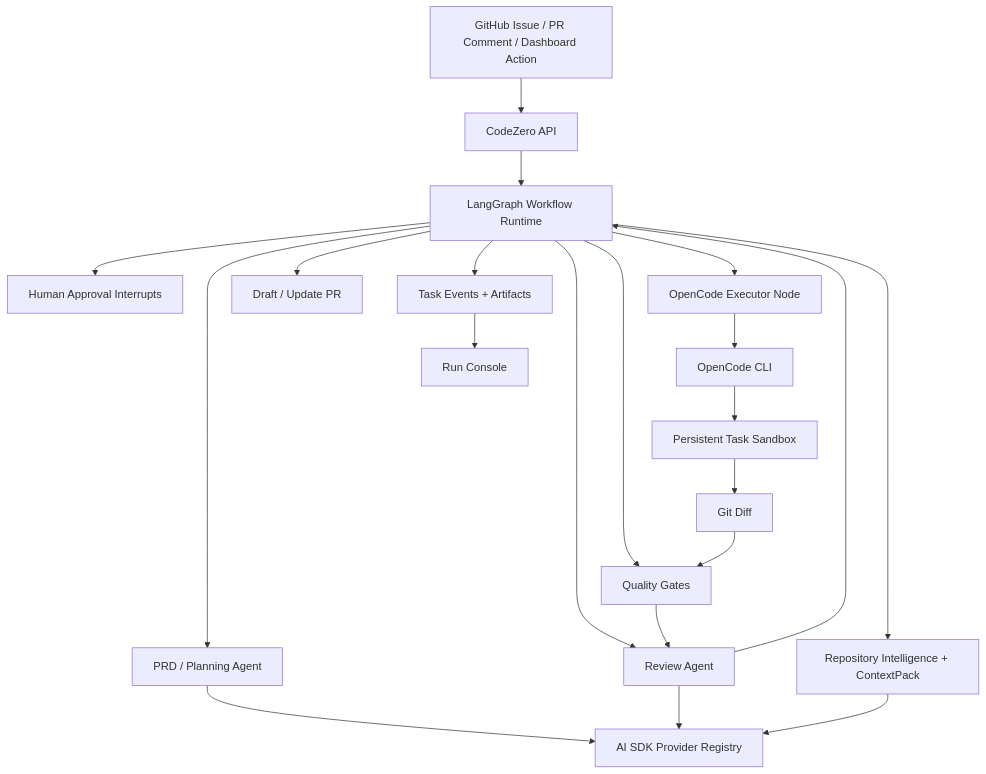
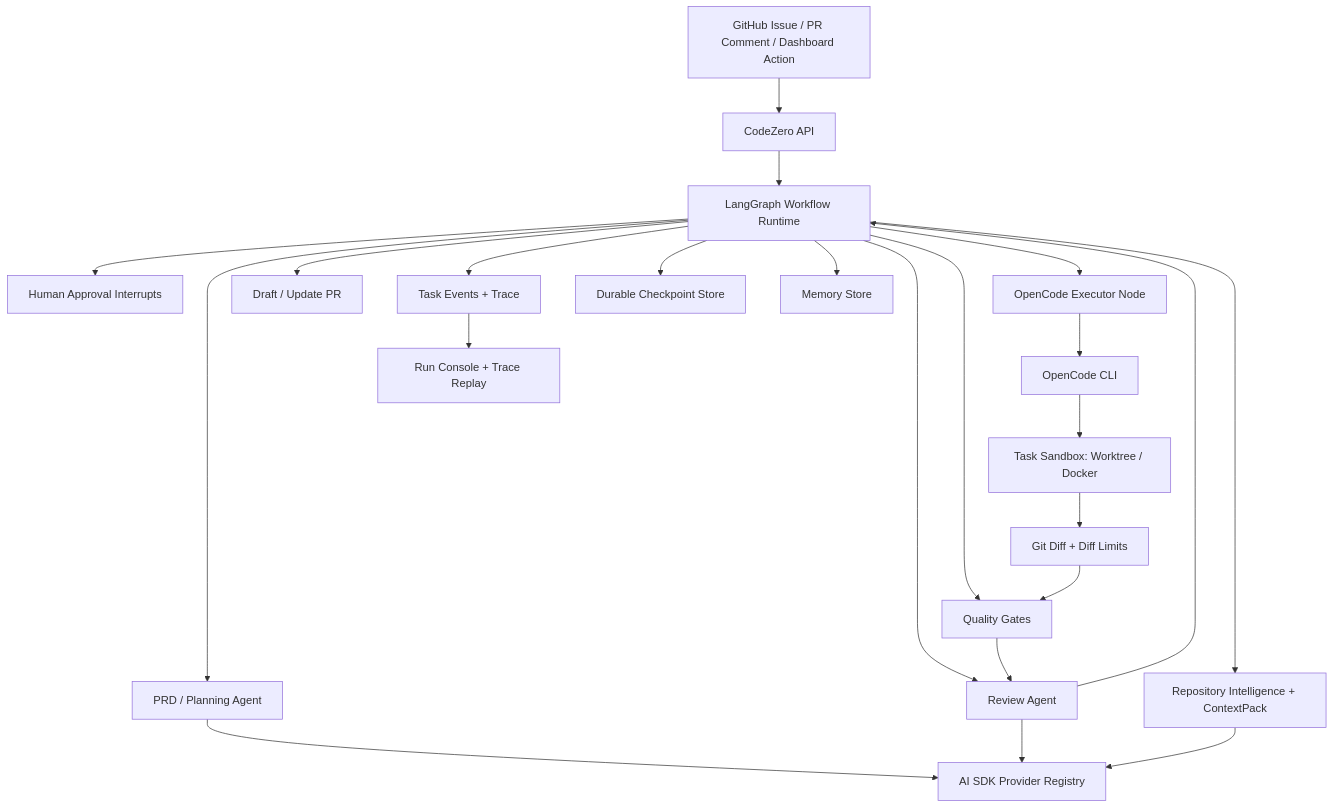
Before and after one commit to JASON-QWeb/CodeZero: the first of 2 diagrams in docs/ARCHITECTURE.md, drawn with Mermaid. The commit also changed other lines of this file and 78 other files, not shown here.

````diff
--- a/docs/ARCHITECTURE.md
+++ b/docs/ARCHITECTURE.md
@@ -17,27 +17,29 @@
 ```mermaid
 flowchart TD
   GH["GitHub Issue / PR Comment / Dashboard Action"] --> API["CodeZero API"]
   API --> LG["LangGraph Workflow Runtime"]
 
   LG --> CTX["Repository Intelligence + ContextPack"]
   LG --> PRD["PRD / Planning Agent"]
   LG --> HITL["Human Approval Interrupts"]
   LG --> EXEC["OpenCode Executor Node"]
   LG --> QA["Quality Gates"]
   LG --> REV["Review Agent"]
   LG --> PR["Draft / Update PR"]
 
   PRD --> SDK["AI SDK Provider Registry"]
   REV --> SDK
   CTX --> SDK
 
   EXEC --> OC["OpenCode CLI"]
-  OC --> SB["Persistent Task Sandbox"]
-  SB --> DIFF["Git Diff"]
+  OC --> SB["Task Sandbox: Worktree / Docker"]
+  SB --> DIFF["Git Diff + Diff Limits"]
   DIFF --> QA
   QA --> REV
   REV --> LG
 
-  LG --> EVENTS["Task Events + Artifacts"]
-  EVENTS --> UI["Run Console"]
+  LG --> EVENTS["Task Events + Trace"]
+  EVENTS --> UI["Run Console + Trace Replay"]
+  LG --> CP["Durable Checkpoint Store"]
+  LG --> MEM["Memory Store"]
 ```
````
